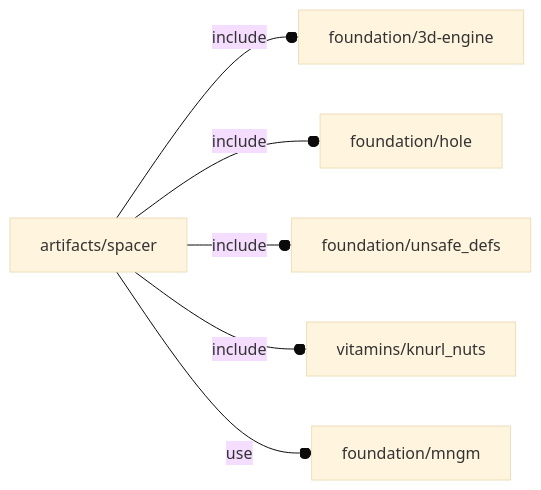
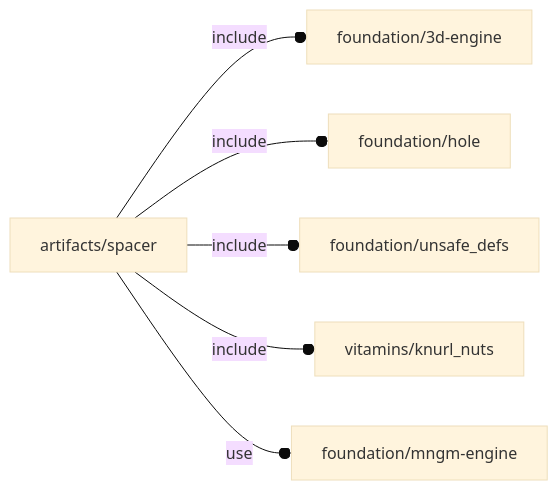
Before and after one commit to ggabbiani/OFL: the diagram in orthodocs/artifacts/spacer.md, drawn with Mermaid (base theme). The commit also changed 65 other files, not shown here.

Commit message:
foundation/mngm.scad renamed as foundation/mngm-engine.scad

````diff
--- a/orthodocs/artifacts/spacer.md
+++ b/orthodocs/artifacts/spacer.md
@@ -5,8 +5,8 @@
 ```mermaid
 graph LR
     A1[artifacts/spacer] --o|include| A2[foundation/3d-engine]
     A1 --o|include| A3[foundation/hole]
     A1 --o|include| A4[foundation/unsafe_defs]
     A1 --o|include| A5[vitamins/knurl_nuts]
-    A1 --o|use| A6[foundation/mngm]
+    A1 --o|use| A6[foundation/mngm-engine]
 ```
````
